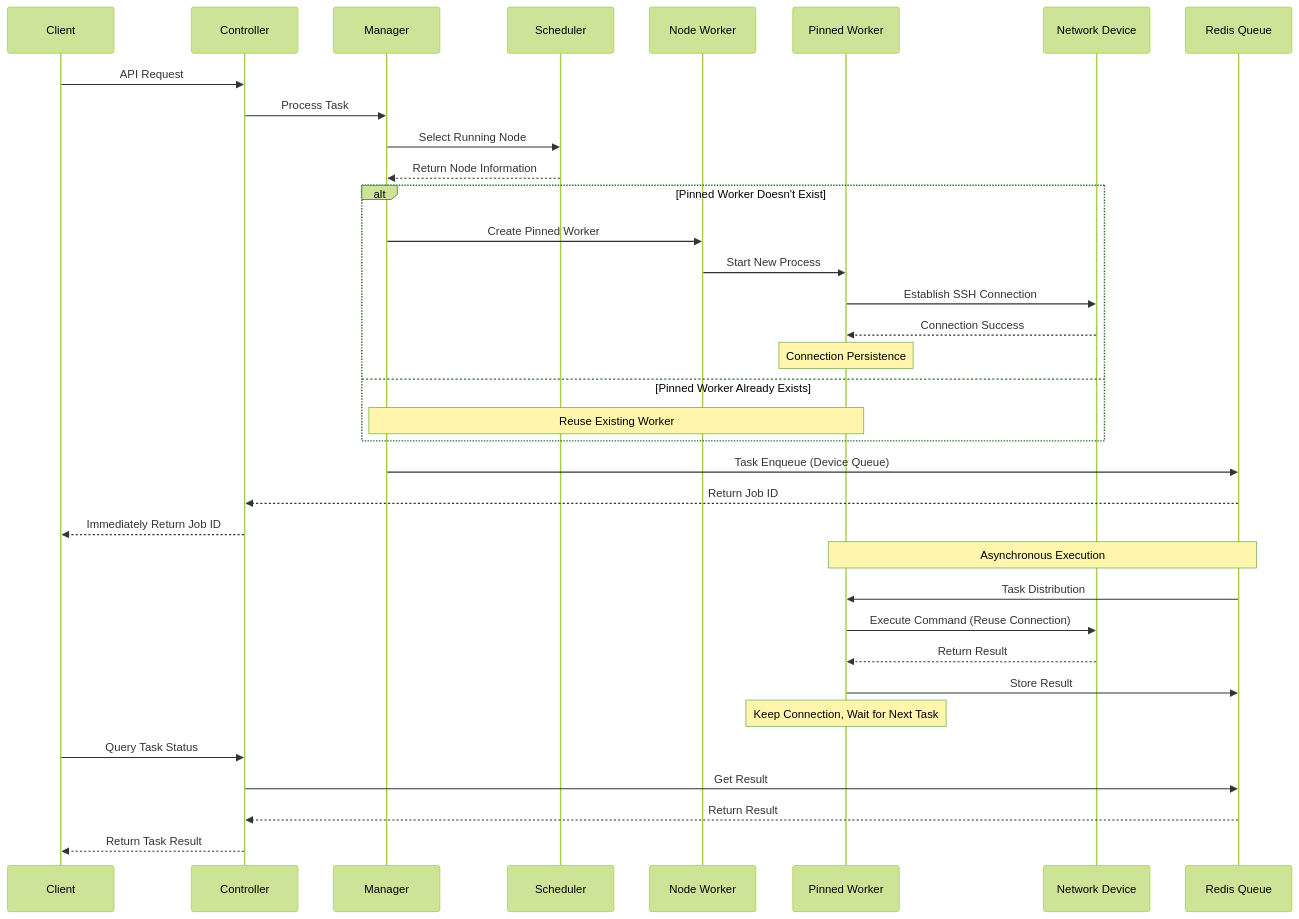
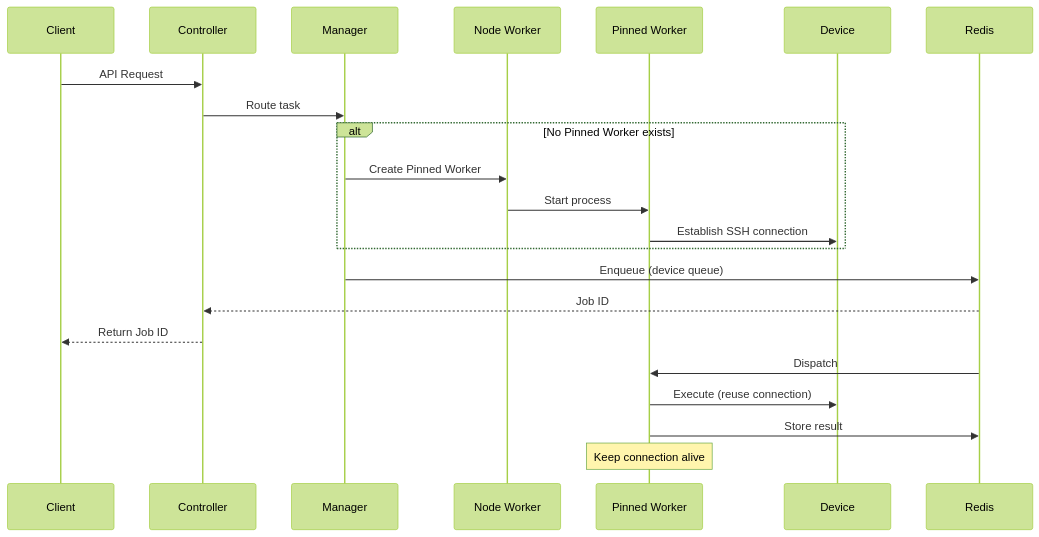
One commit to scitix/netpulse changed the third of 3 diagrams in docs/en/architecture/architecture-overview.md. Above: the diagram before and after it, drawn with Mermaid (forest theme). The commit also changed other lines of this file and 58 other files, not shown here.

````diff
--- a/docs/en/architecture/architecture-overview.md
+++ b/docs/en/architecture/architecture-overview.md
@@ -213,42 +95,20 @@
 ```mermaid
 sequenceDiagram
-    participant Client as Client
-    participant Controller as Controller
-    participant Manager as Manager
-    participant Scheduler as Scheduler
-    participant NodeWorker as Node Worker
-    participant PinnedWorker as Pinned Worker
-    participant Device as Network Device
-    participant Redis as Redis Queue
-    
     Client->>Controller: API Request
-    Controller->>Manager: Process Task
-    Manager->>Scheduler: Select Running Node
-    Scheduler-->>Manager: Return Node Information
-    
-    alt Pinned Worker Doesn't Exist
-        Manager->>NodeWorker: Create Pinned Worker
-        NodeWorker->>PinnedWorker: Start New Process
-        PinnedWorker->>Device: Establish SSH Connection
-        Device-->>PinnedWorker: Connection Success
-        Note over PinnedWorker: Connection Persistence
-    else Pinned Worker Already Exists
-        Note over Manager,PinnedWorker: Reuse Existing Worker
+    Controller->>Manager: Route task
+
+    alt No Pinned Worker exists
+        Manager->>Node Worker: Create Pinned Worker
+        Node Worker->>Pinned Worker: Start process
+        Pinned Worker->>Device: Establish SSH connection
     end
-    
-    Manager->>Redis: Task Enqueue (Device Queue)
-    Redis-->>Controller: Return Job ID
-    Controller-->>Client: Immediately Return Job ID
-    
-    Note over Redis,PinnedWorker: Asynchronous Execution
-    Redis->>PinnedWorker: Task Distribution
-    PinnedWorker->>Device: Execute Command (Reuse Connection)
-    Device-->>PinnedWorker: Return Result
-    PinnedWorker->>Redis: Store Result
-    Note over PinnedWorker: Keep Connection, Wait for Next Task
-    
-    Client->>Controller: Query Task Status
-    Controller->>Redis: Get Result
-    Redis-->>Controller: Return Result
-    Controller-->>Client: Return Task Result
+
+    Manager->>Redis: Enqueue (device queue)
+    Redis-->>Controller: Job ID
+    Controller-->>Client: Return Job ID
+
+    Redis->>Pinned Worker: Dispatch
+    Pinned Worker->>Device: Execute (reuse connection)
+    Pinned Worker->>Redis: Store result
+    Note over Pinned Worker: Keep connection alive
 ```
````
